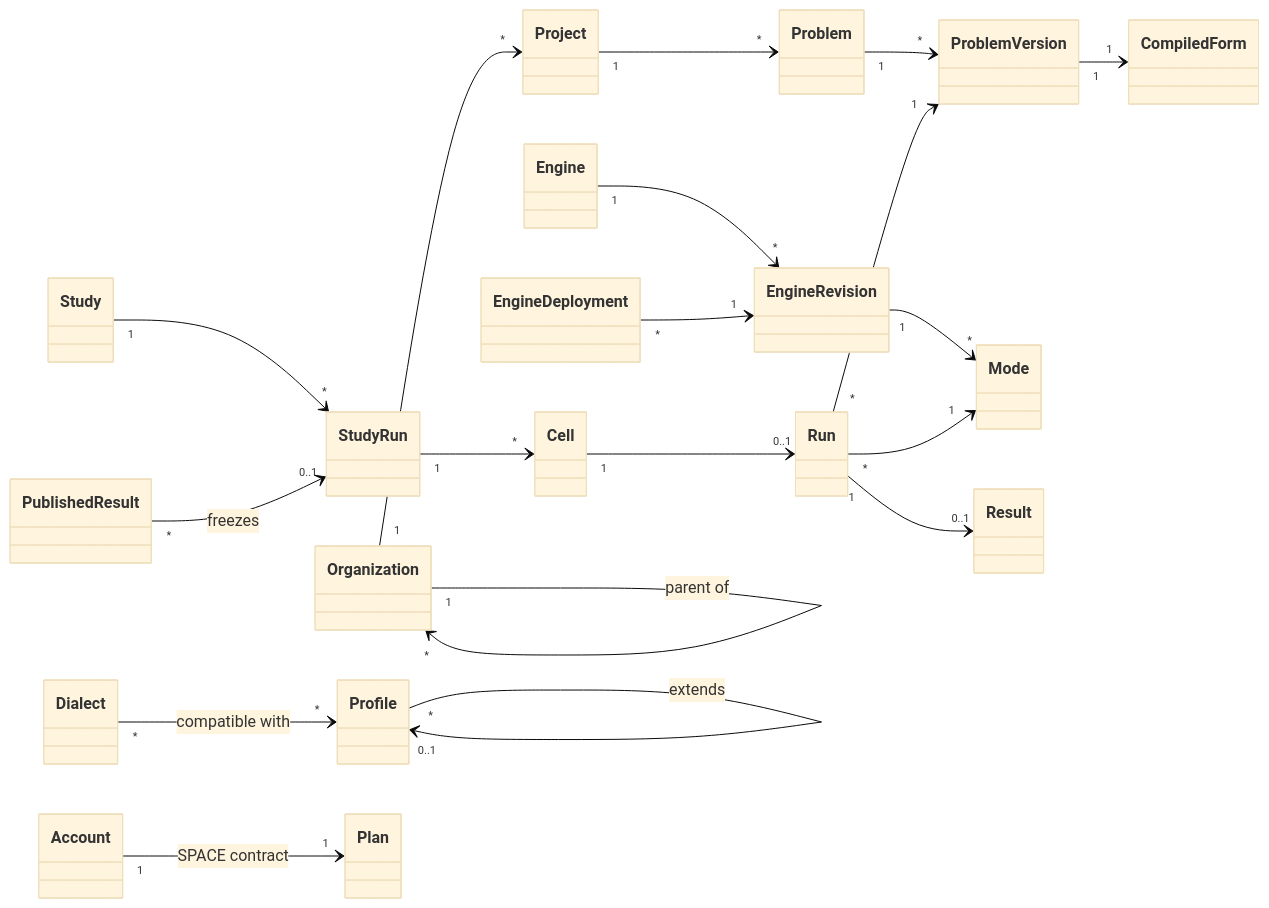
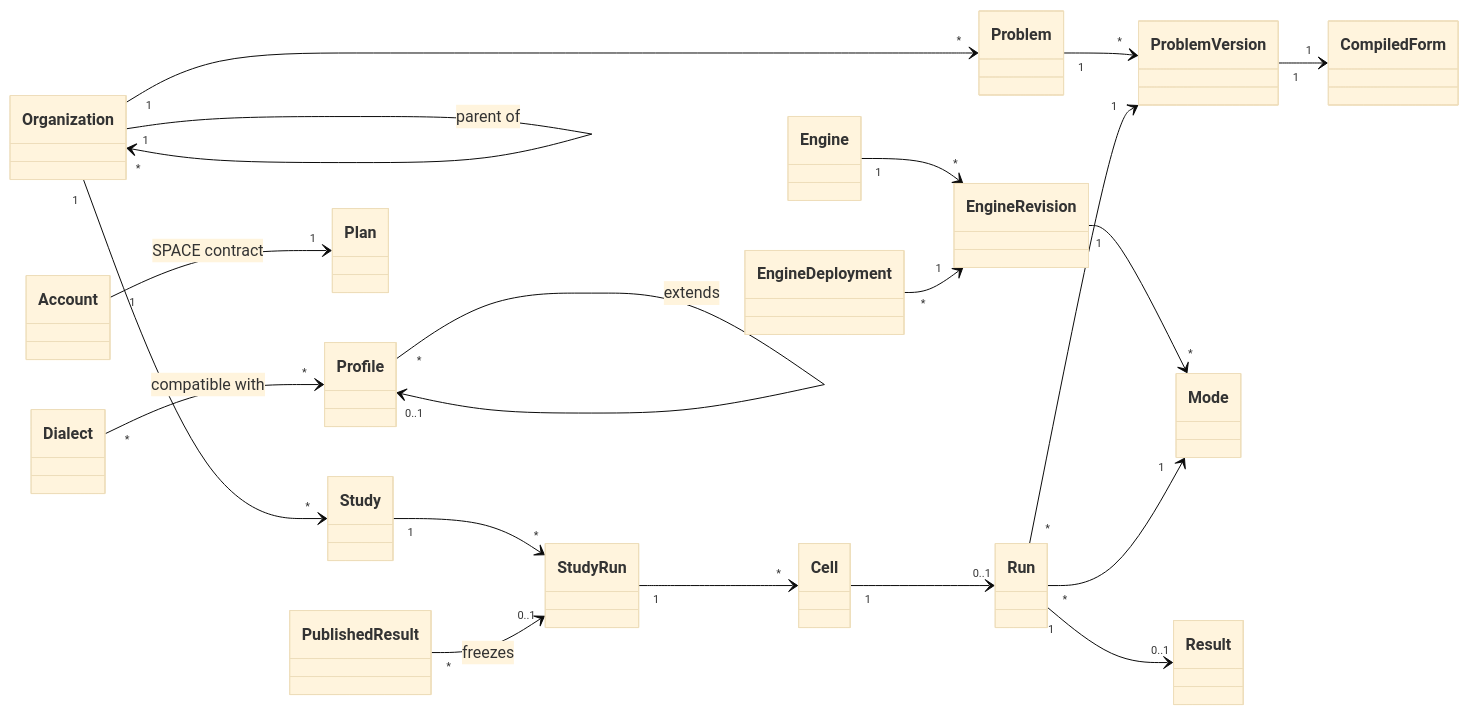
One commit to isa-group/OpenBinding changed the third of 6 diagrams in docs/ARCHITECTURE.md. Above: the diagram before and after it, drawn with Mermaid (base theme). The commit also changed other lines of this file and 204 other files, not shown here.

````diff
--- a/docs/ARCHITECTURE.md
+++ b/docs/ARCHITECTURE.md
@@ -265,22 +267,22 @@
 ```mermaid
 classDiagram
   direction LR
   Organization "1" --> "*" Organization : parent of
-  Organization "1" --> "*" Project
-  Project "1" --> "*" Problem
+  Organization "1" --> "*" Problem
+  Organization "1" --> "*" Study
   Problem "1" --> "*" ProblemVersion
   ProblemVersion "1" --> "1" CompiledForm
   Engine "1" --> "*" EngineRevision
   EngineRevision "1" --> "*" Mode
   EngineDeployment "*" --> "1" EngineRevision
   Run "*" --> "1" ProblemVersion
   Run "*" --> "1" Mode
   Run "1" --> "0..1" Result
   Study "1" --> "*" StudyRun
   StudyRun "1" --> "*" Cell
   Cell "1" --> "0..1" Run
   PublishedResult "*" --> "0..1" StudyRun : freezes
   Profile "*" --> "0..1" Profile : extends
   Dialect "*" --> "*" Profile : compatible with
   Account "1" --> "1" Plan : SPACE contract
 ```
````
